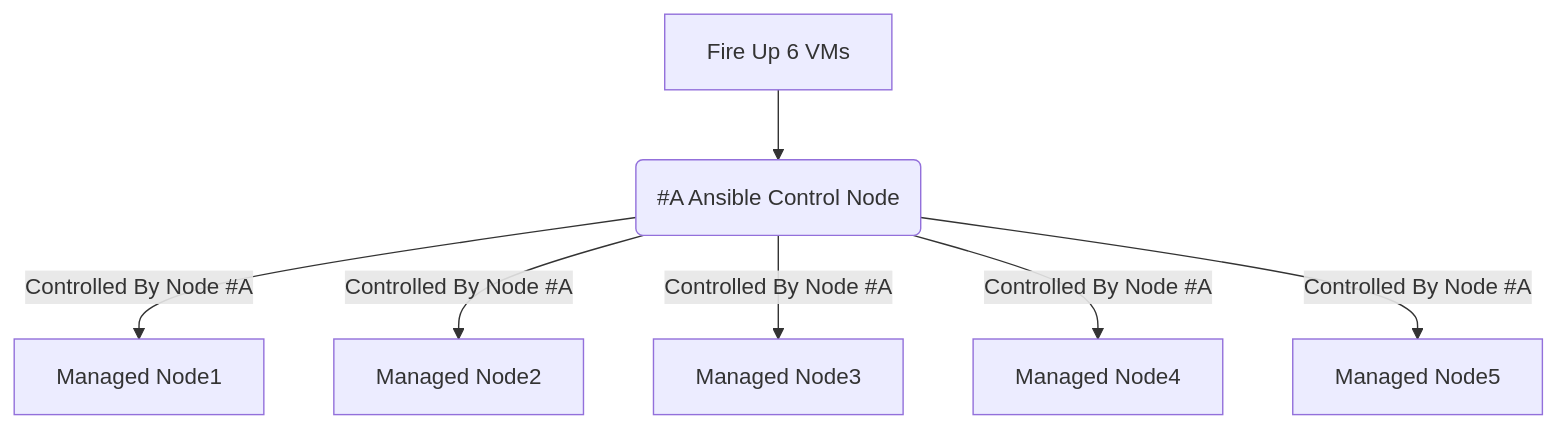
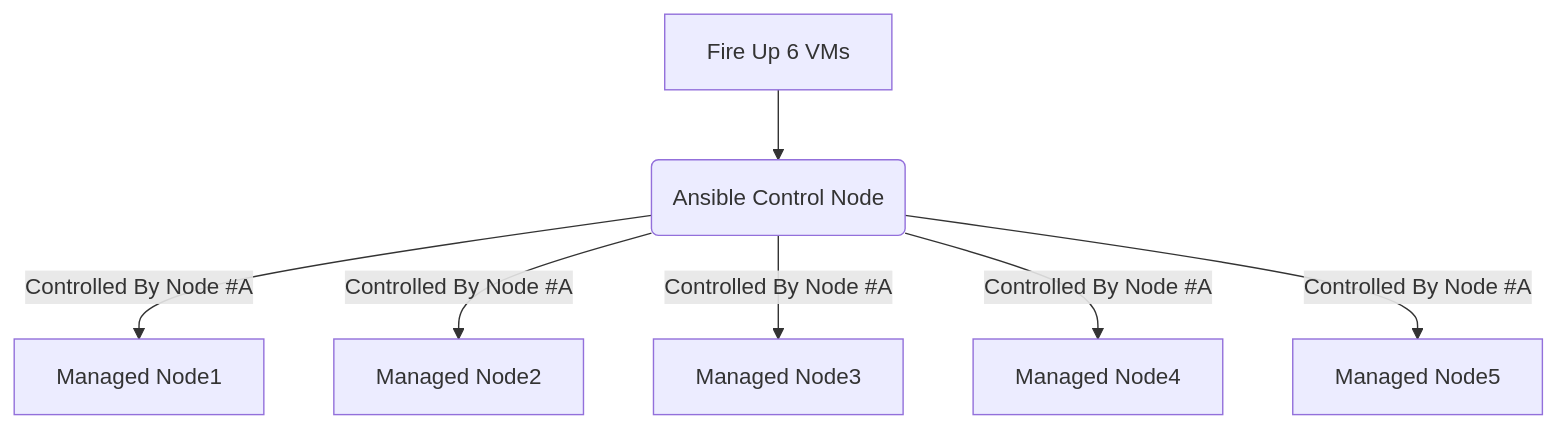
Before and after one commit to RedHatRanger/RHCE9Vagrant: the diagram in NOTES.md, drawn with Mermaid.

````diff
--- a/NOTES.md
+++ b/NOTES.md
@@ -21,9 +21,9 @@
 ```mermaid
 flowchart TD;
-    A[Fire Up 6 VMs] --> B(#A Ansible Control Node);
+    A[Fire Up 6 VMs] --> B(Ansible Control Node);
     B -- Controlled By Node #A --> C[Managed Node1];
     B -- Controlled By Node #A --> D[Managed Node2];
     B -- Controlled By Node #A --> E[Managed Node3];
     B -- Controlled By Node #A --> F[Managed Node4];
     B -- Controlled By Node #A --> G[Managed Node5];
 ```
````
